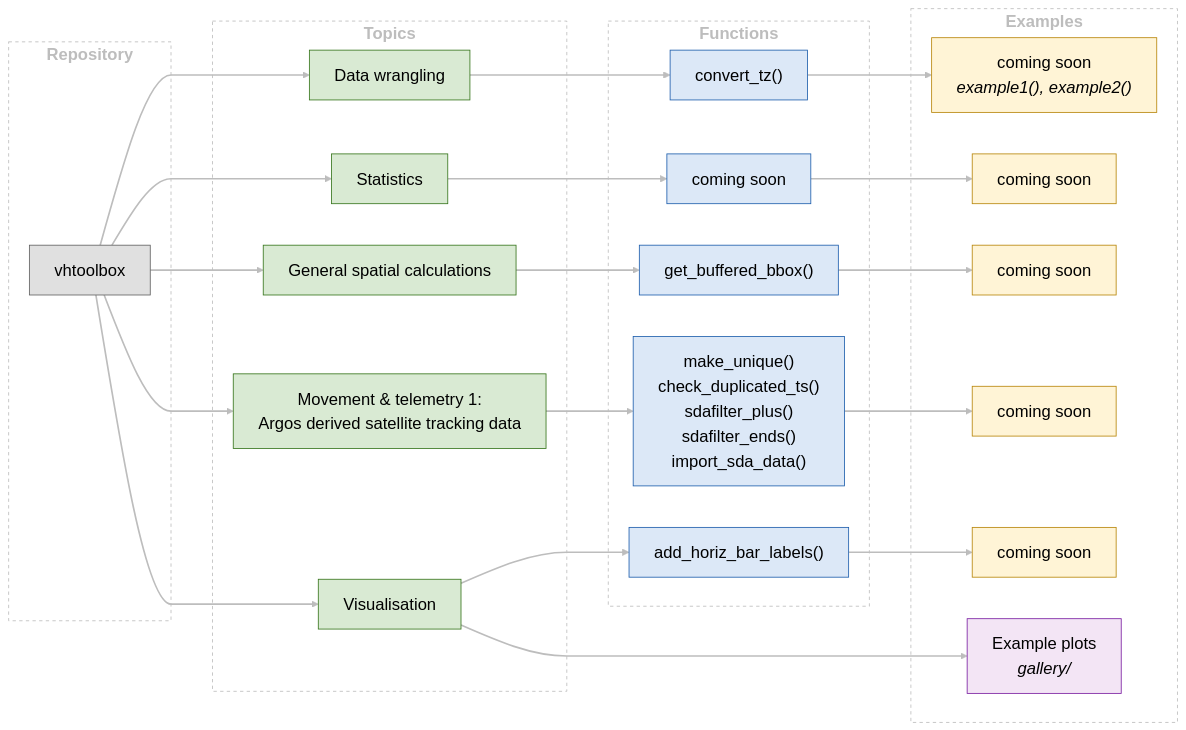
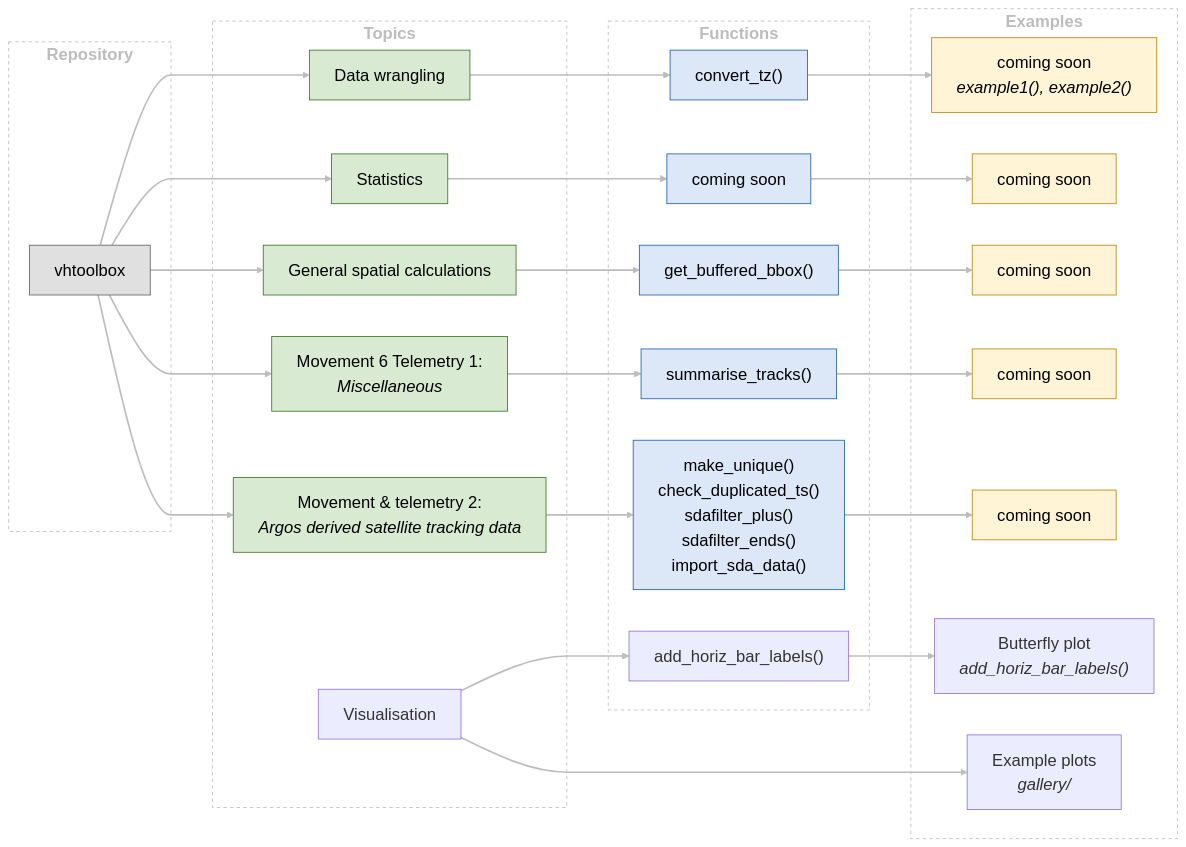
Before and after one commit to vheim/vhtoolbox: the diagram in README.md, drawn with Mermaid. The commit also changed other lines of this file and 1 other file, not shown here.

Commit message:
summarise_tracks() included

````diff
--- a/README.md
+++ b/README.md
@@ -25,68 +30,72 @@
 ```mermaid
 ---
 config:
   theme: default
   themeVariables:
     fontSize: 20px
     lineColor: "#BDBDBD"
   themeCSS: ".marker { overflow: visible; } .marker path { transform: scale(1.5); transform-origin: 10px 5px; }"
   look: classic
   layout: dagre
   flowchart:
     curve: monotoneX
     wrappingWidth: 400
 ---
 flowchart LR
   subgraph L1["`**Repository**`"]
     R["vhtoolbox"]
   end
   subgraph L2["`**Topics**`"]
     T1["Data wrangling"]
     T2["Statistics"]
     T3["General spatial calculations"]
-    T4["Movement & telemetry 1:<br/>Argos derived satellite tracking data"]
-    T5["Visualisation"]
+    T4["Movement 6 Telemetry 1:<br/><i>Miscellaneous</i>"]
+    T5["Movement & telemetry 2:<br/><i>Argos derived satellite tracking data</i>"]
+    T6["Visualisation"]
   end
   subgraph L3["`**Functions**`"]
     F1["convert_tz()"]
     F2["coming soon"]
     F3["get_buffered_bbox()"]
-    F4["make_unique()<br/>check_duplicated_ts()<br/>sdafilter_plus()<br/>sdafilter_ends()<br/>import_sda_data()"]
-    F5["add_horiz_bar_labels()"]
+    F4["summarise_tracks()"]
+    F5["make_unique()<br/>check_duplicated_ts()<br/>sdafilter_plus()<br/>sdafilter_ends()<br/>import_sda_data()"]
+    F6["add_horiz_bar_labels()"]
   end
   subgraph L4["`**Examples**`"]
     E1["coming soon<br/><i>example1(), example2()</i>"]
     E2["coming soon"]
     E3["coming soon"]
     E4["coming soon"]
     E5["coming soon"]
-    G5["Example plots<br/><i>gallery/</i>"]
+    E6["Butterfly plot<br/><i>add_horiz_bar_labels()</i>"]
+    G6["Example plots<br/><i>gallery/</i>"]
   end
 
   R --> T1 & T2 & T3 & T4 & T5
   T1 --> F1 --> E1
   T2 --> F2 --> E2
   T3 --> F3 --> E3
   T4 --> F4 --> E4
   T5 --> F5 --> E5
-  T5 ---> G5
+  T6 --> F6 --> E6
+  T6 ---> G6
 
   %% One example box per topic: replace "coming soon" with the example name(s),
   %% each followed by the functions it uses in italics, e.g.
   %%   E4["Rexample_sdafilter_plus.R<br/><i>sdafilter_plus(), sdafilter_ends()</i>"]
   %% ---> (three dashes) skips one column: Visualisation -> gallery box in the Examples column
 
   classDef repo     fill:#E0E0E0,stroke:#616161,color:#000;
   classDef topic    fill:#D9EAD3,stroke:#38761D,color:#000;
   classDef func     fill:#DCE8F7,stroke:#1F5FAD,color:#000;
   classDef example  fill:#FFF4D6,stroke:#B8860B,color:#000;
   classDef gallery  fill:#F3E5F5,stroke:#7B1FA2,color:#000;
   classDef level    fill:none,stroke:#BDBDBD,stroke-dasharray:4 4,color:#BDBDBD;
   class R repo;
   class T1,T2,T3,T4,T5 topic;
   class F1,F2,F3,F4,F5 func;
   class E1,E2,E3,E4,E5 example;
   class G5 gallery;
   class L1,L2,L3,L4 level;
   linkStyle default stroke:#BDBDBD,stroke-width:2.0px;
 ```
````
